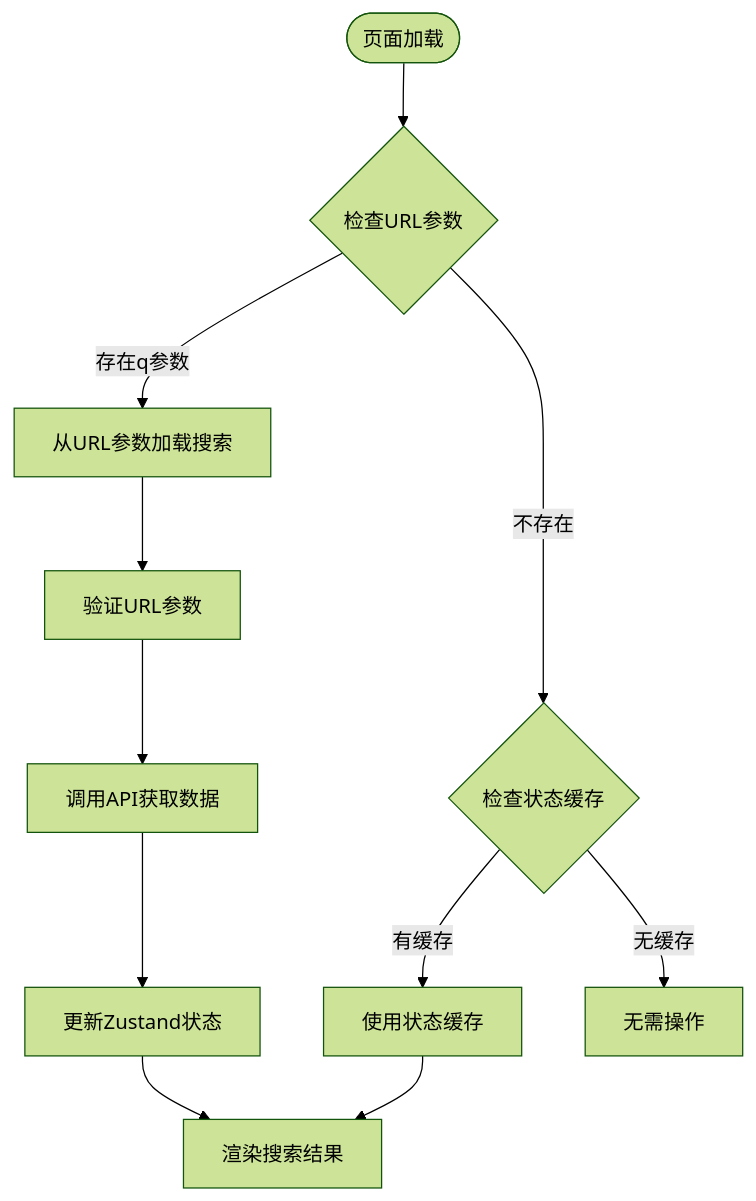
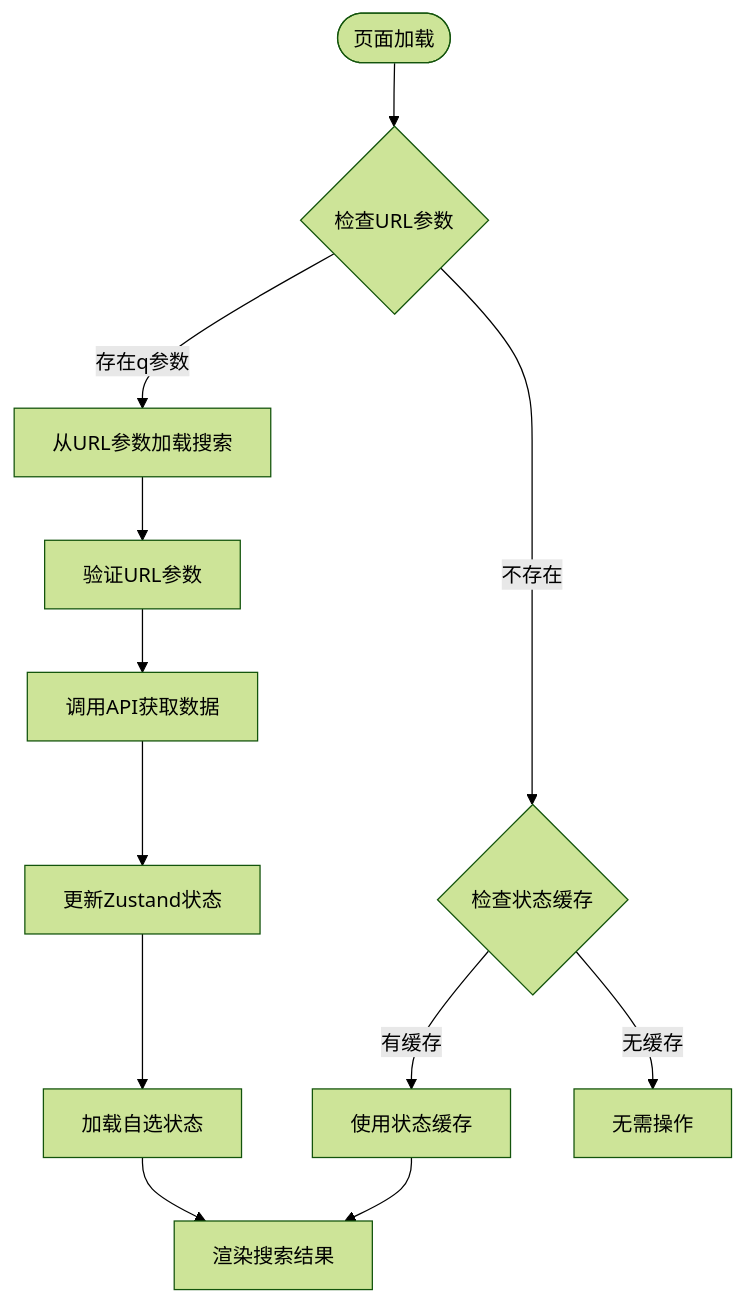
One commit to gree-coder/fund-butler changed diagram 11 of 14 in .qoder/repowiki/zh/content/核心功能开发/搜索功能优化.md. Above: the diagram before and after it, drawn with Mermaid (forest theme). The commit also changed other lines of this file and 21 other files, not shown here.

````diff
--- a/.qoder/repowiki/zh/content/核心功能开发/搜索功能优化.md
+++ b/.qoder/repowiki/zh/content/核心功能开发/搜索功能优化.md
@@ -257,13 +424,14 @@
 ```mermaid
 flowchart TD
 Start([页面加载]) --> CheckURL{"检查URL参数"}
 CheckURL --> |存在q参数| LoadFromURL["从URL参数加载搜索"]
 CheckURL --> |不存在| CheckStore{"检查状态缓存"}
 LoadFromURL --> ValidateURL["验证URL参数"]
 ValidateURL --> FetchData["调用API获取数据"]
 FetchData --> UpdateStore["更新Zustand状态"]
-UpdateStore --> RenderResults["渲染搜索结果"]
+UpdateStore --> LoadWatchlist["加载自选状态"]
+LoadWatchlist --> RenderResults["渲染搜索结果"]
 CheckStore --> |有缓存| UseCache["使用状态缓存"]
 CheckStore --> |无缓存| NoAction["无需操作"]
 UseCache --> RenderResults
 ```
````
